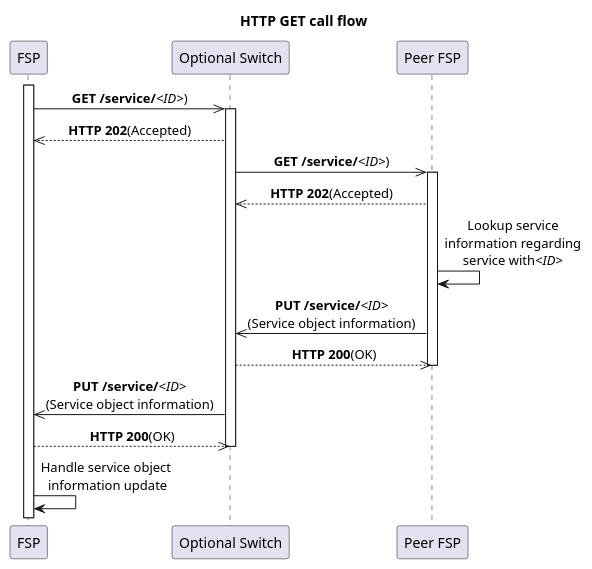
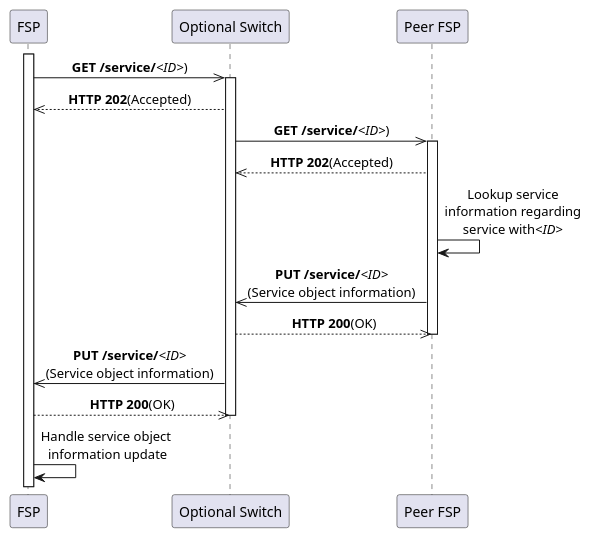
Before and after one commit to mojaloop/mojaloop-specification: the diagram in assets/diagrams/sequence/figure2.plantuml, drawn with PlantUML. The commit also changed 26 other files, not shown here.

Commit message:
Updates to .svg and .plantuml files.

```diff
--- a/assets/diagrams/sequence/figure2.plantuml
+++ b/assets/diagrams/sequence/figure2.plantuml
@@ -25,34 +25,34 @@
 @startuml
 ' declare skinparam
 skinparam sequenceMessageAlign center
 
 ' declare title
-title HTTP GET call flow
+' title HTTP GET call flow
 
 ' Actor Keys:
 ' participant - FSP or Switch
 
 ' declare actors
 participant "FSP" as FSP
 participant "Optional Switch" as OPTSWITCH
 participant "Peer FSP" as PEERFSP
 
 ' start flow
 
 activate FSP
 FSP ->> OPTSWITCH: **GET /service/**//<ID>//)
 activate OPTSWITCH
 FSP <<-- OPTSWITCH: **HTTP 202**(Accepted)
 OPTSWITCH ->> PEERFSP: **GET /service/**//<ID>//)
 activate PEERFSP
 OPTSWITCH <<-- PEERFSP: **HTTP 202**(Accepted)
 PEERFSP -> PEERFSP: Lookup service\ninformation regarding\nservice with//<ID>//
 OPTSWITCH <<- PEERFSP: **PUT /service/**//<ID>//\n(Service object information)
 OPTSWITCH -->> PEERFSP: **HTTP 200**(OK)
 deactivate PEERFSP
 FSP <<- OPTSWITCH: **PUT /service/**//<ID>//\n(Service object information)
 FSP -->> OPTSWITCH: **HTTP 200**(OK)
 deactivate OPTSWITCH
 FSP -> FSP: Handle service object\n information update
 ' deactivate FSP
 @enduml
```
